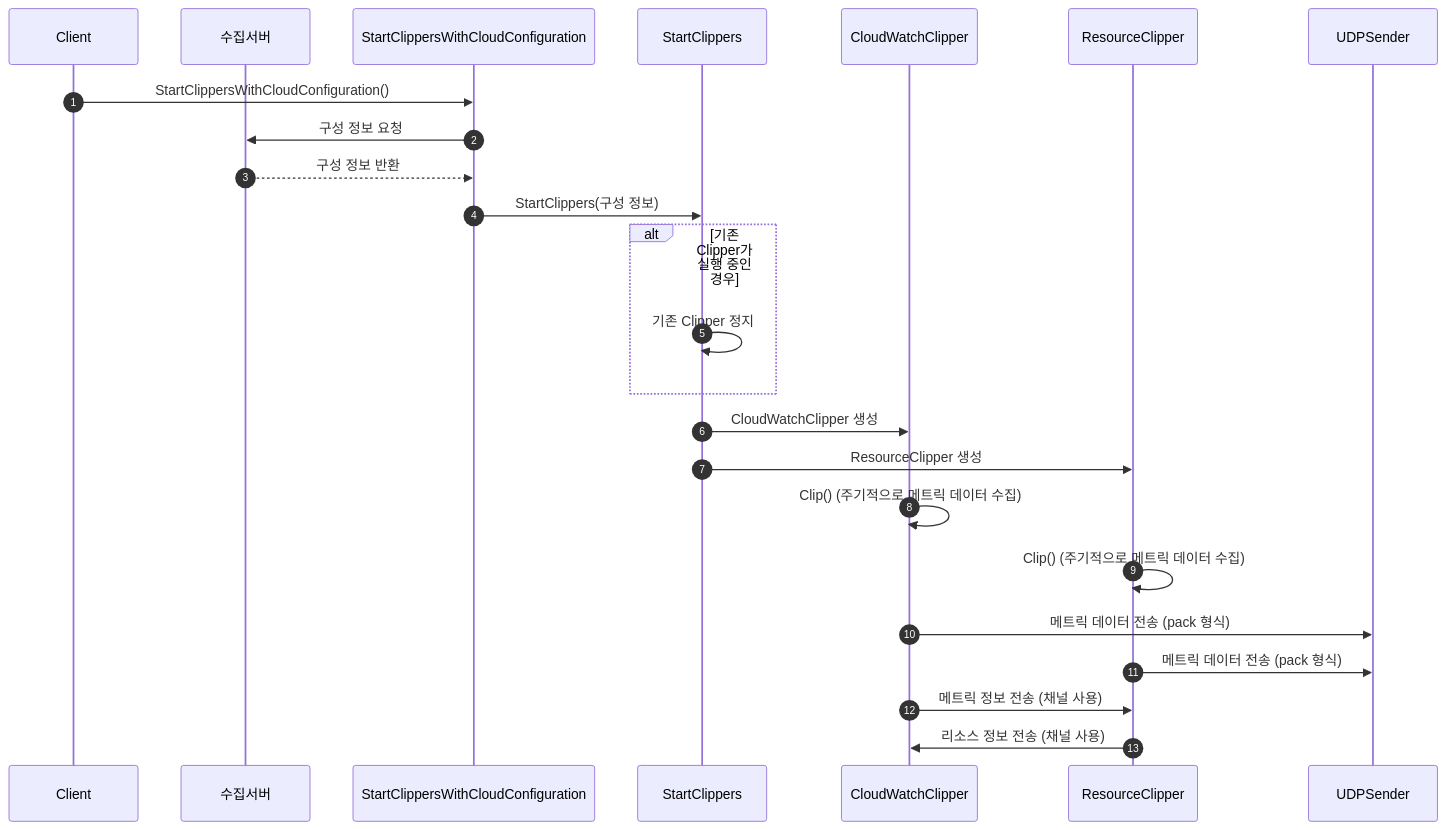
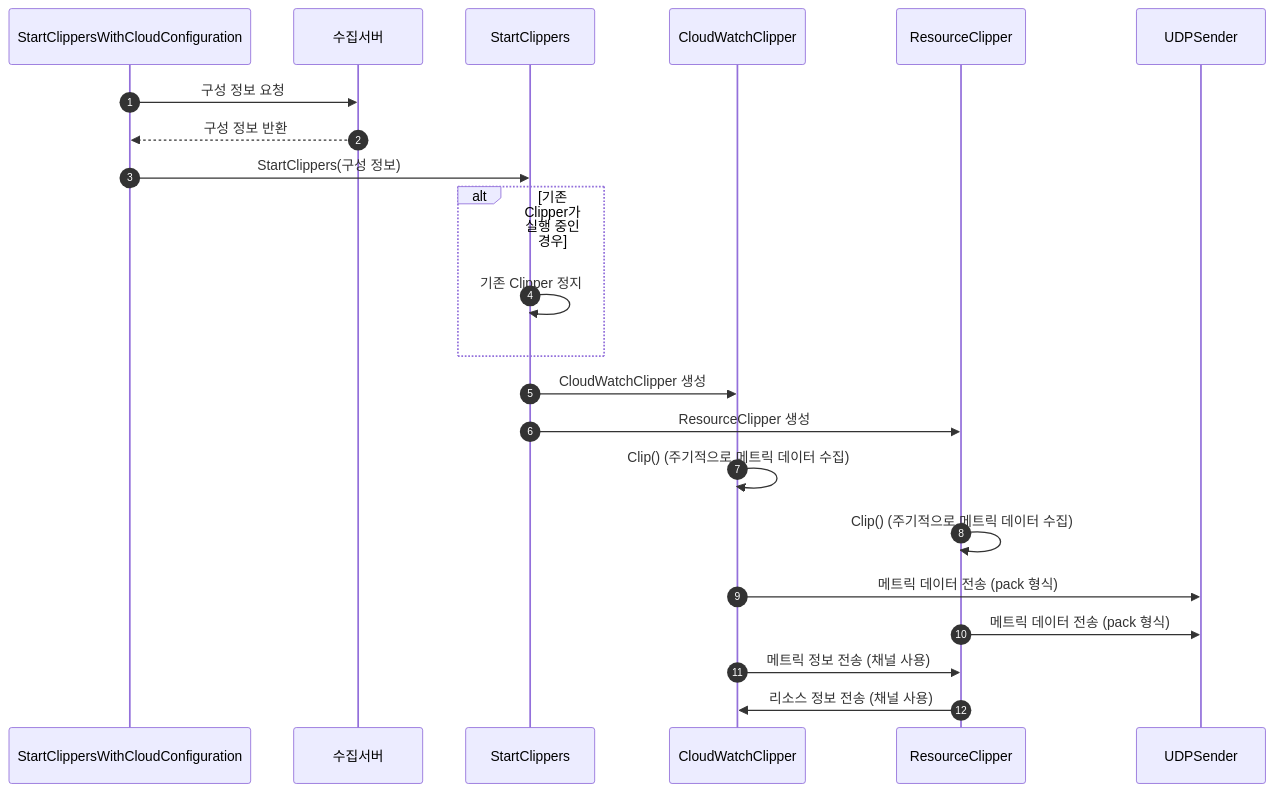
Before and after one commit to NodleKang/nodlekang.github.io: the second of 2 diagrams in _posts/golang/2025-01-03-cloud-agent.md, drawn with Mermaid.

```diff
--- a/_posts/golang/2025-01-03-cloud-agent.md
+++ b/_posts/golang/2025-01-03-cloud-agent.md
@@ -53,32 +53,30 @@
 <pre class="mermaid">
 sequenceDiagram
     autonumber
-    participant Client as Client
+    participant C as StartClippersWithCloudConfiguration
     participant Server as 수집서버
-    participant C as StartClippersWithCloudConfiguration
     participant M as StartClippers
     participant CW as CloudWatchClipper
     participant R as ResourceClipper
     participant U as UDPSender
 
-    Client->>C: StartClippersWithCloudConfiguration()
     C->>Server: 구성 정보 요청
     Server-->>C: 구성 정보 반환
     C->>M: StartClippers(구성 정보)
     
     alt 기존 Clipper가 실행 중인 경우
         M->>M: 기존 Clipper 정지
     end
 
     M->>CW: CloudWatchClipper 생성
     M->>R: ResourceClipper 생성
 
     CW->>CW: Clip() (주기적으로 메트릭 데이터 수집)
     R->>R: Clip() (주기적으로 메트릭 데이터 수집)
 
     CW->>U: 메트릭 데이터 전송 (pack 형식)
     R->>U: 메트릭 데이터 전송 (pack 형식)
 
     CW->>R: 메트릭 정보 전송 (채널 사용)
     R->>CW: 리소스 정보 전송 (채널 사용)
 </pre>
```
